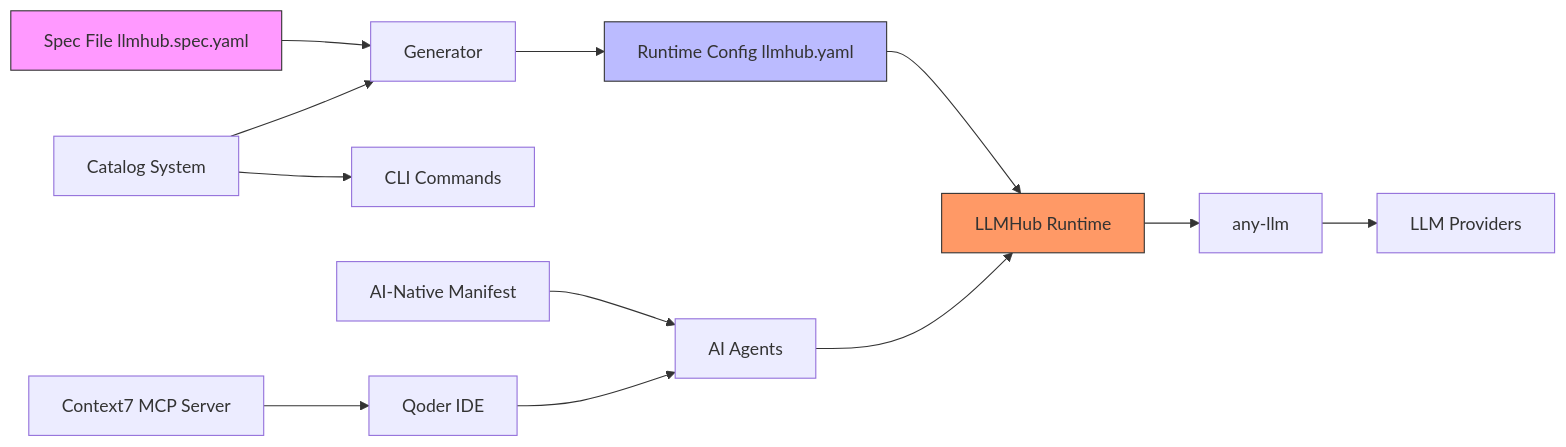
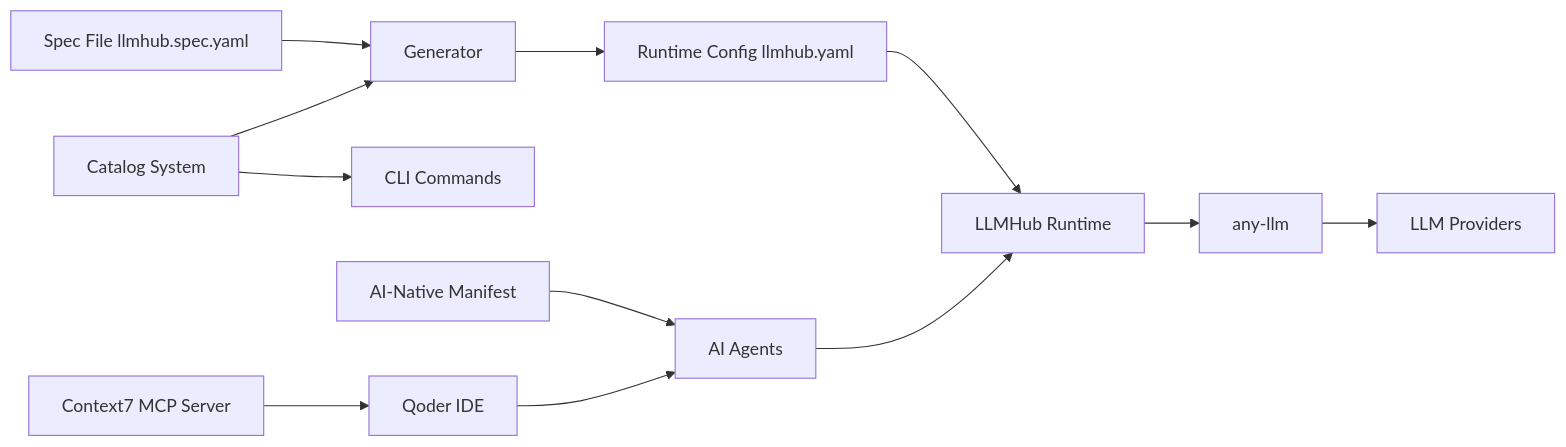
Before and after one commit to rethink-paradigms/llm-hub: the second of 9 diagrams in .qoder/repowiki/en/content/Ai Native Documentation/Ai Native Documentation.md, drawn with Mermaid. The commit also changed other lines of this file and 4 other files, not shown here.

````diff
--- a/.qoder/repowiki/en/content/Ai Native Documentation/Ai Native Documentation.md
+++ b/.qoder/repowiki/en/content/Ai Native Documentation/Ai Native Documentation.md
@@ -115,17 +116,14 @@
 ```mermaid
 graph LR
 A[Spec File llmhub.spec.yaml] --> B[Generator]
 B --> C[Runtime Config llmhub.yaml]
 C --> D[LLMHub Runtime]
 D --> E[any-llm]
 E --> F[LLM Providers]
 G[Catalog System] --> B
 G --> H[CLI Commands]
 I[AI-Native Manifest] --> J[AI Agents]
 J --> D
 K[Context7 MCP Server] --> L[Qoder IDE]
 L --> J
-style A fill:#f9f,stroke:#333
-style C fill:#bbf,stroke:#333
-style D fill:#f96,stroke:#333
 ```
````
